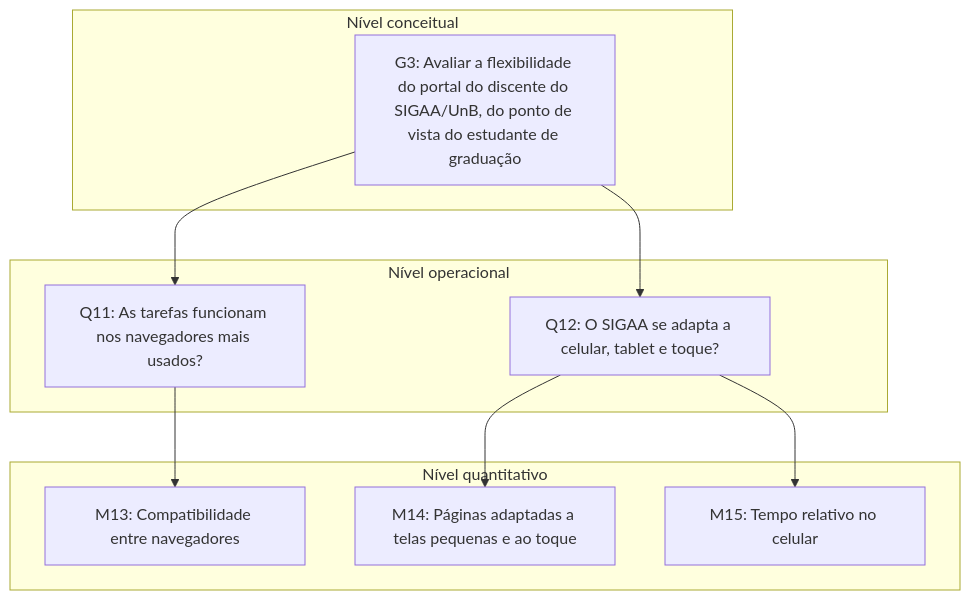
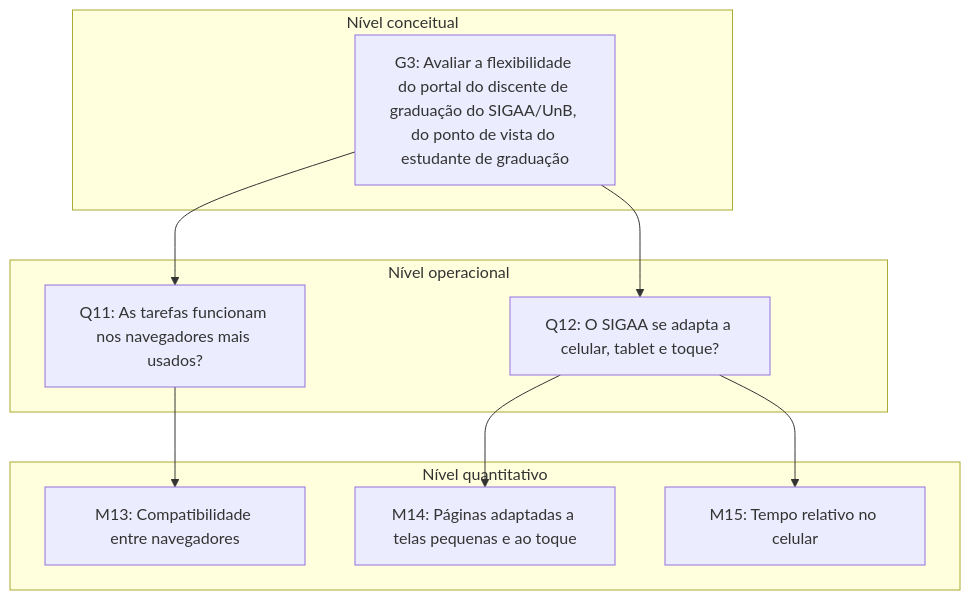
Before and after one commit to FCTE-Qualidade-de-Software-1/2026-2_T02_ADELE_GOLDSTINE: the fourth of 4 diagrams in docs/fase-2/grafico-gqm.md, drawn with Mermaid. The commit also changed other lines of this file and 1 other file, not shown here.

````diff
--- a/docs/fase-2/grafico-gqm.md
+++ b/docs/fase-2/grafico-gqm.md
@@ -134,18 +134,18 @@
 ```mermaid
 flowchart TD
     subgraph C["Nível conceitual"]
-        G3["G3: Avaliar a flexibilidade do portal do discente do SIGAA/UnB, do ponto de vista do estudante de graduação"]
+        G3["G3: Avaliar a flexibilidade do portal do discente de graduação do SIGAA/UnB, do ponto de vista do estudante de graduação"]
     end
     subgraph O["Nível operacional"]
         Q11["Q11: As tarefas funcionam nos navegadores mais usados?"]
         Q12["Q12: O SIGAA se adapta a celular, tablet e toque?"]
     end
     subgraph Qt["Nível quantitativo"]
         M13["M13: Compatibilidade entre navegadores"]
         M14["M14: Páginas adaptadas a telas pequenas e ao toque"]
         M15["M15: Tempo relativo no celular"]
     end
     G3 --> Q11 & Q12
     Q11 --> M13
     Q12 --> M14 & M15
 ```
````
